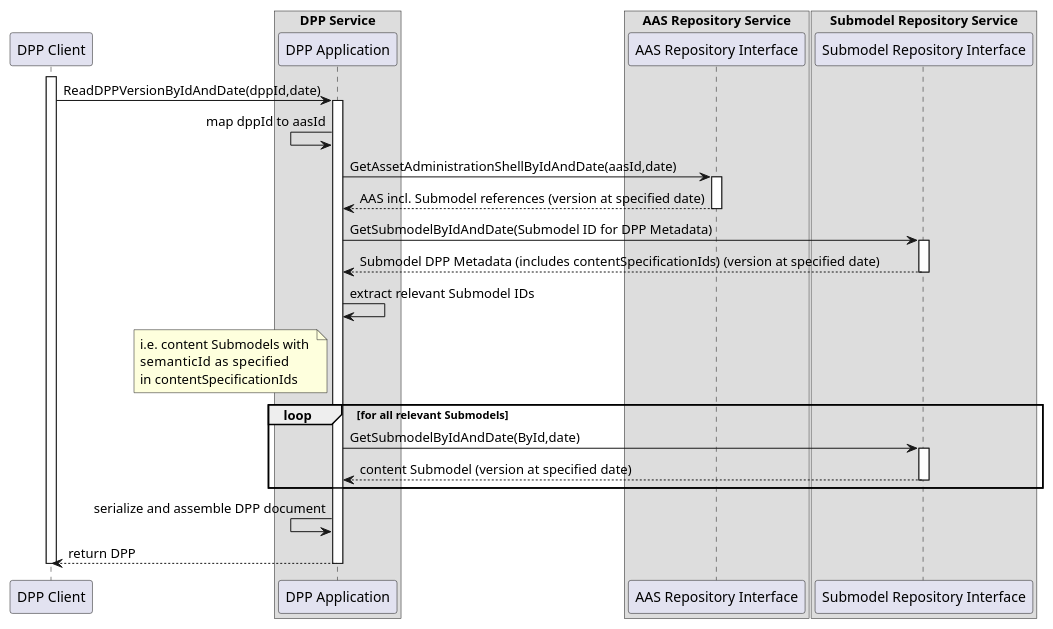
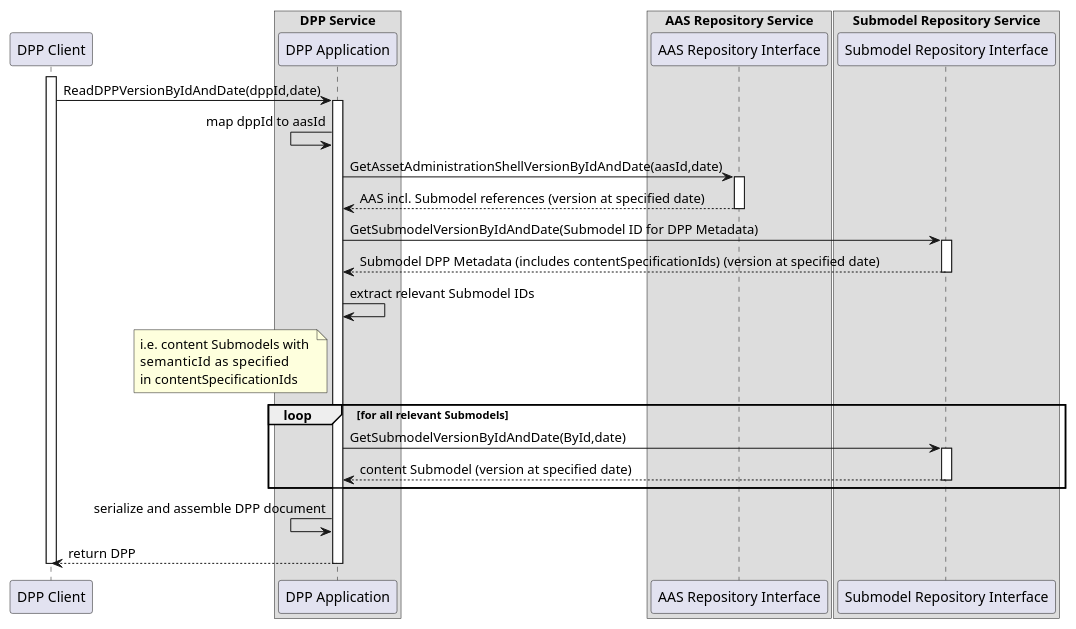
One commit to admin-shell-io/aas-specs-api changed the diagram in documentation/IDTA-01002-3/modules/ROOT/partials/diagrams/seq-dpp-repo-history.puml. Above: the diagram before and after it, drawn with PlantUML. The commit also changed 3 other files, not shown here.

Commit message:
fix xref + fix naming, not recent-changes but history and GetSubmodelVersionByidAndDate and not GetSubmodelByidAndDate, same for AAS

```diff
--- a/documentation/IDTA-01002-3/modules/ROOT/partials/diagrams/seq-dpp-repo-history.puml
+++ b/documentation/IDTA-01002-3/modules/ROOT/partials/diagrams/seq-dpp-repo-history.puml
@@ -1,55 +1,55 @@
 @startuml
 
 participant DPPClient as "DPP Client"
 
 box "DPP Service"
 participant Client as "DPP Application"
 end box
 
 
 
 
 box "AAS Repository Service"
   participant AASService as "AAS Repository Interface"
 end box
 
 box "Submodel Repository Service"
   participant SMService as "Submodel Repository Interface"
 end box
 
 activate DPPClient
 DPPClient -> Client : ReadDPPVersionByIdAndDate(dppId,date)
 
 activate Client
 Client <- Client : map dppId to aasId
 
 
-Client -> AASService : GetAssetAdministrationShellByIdAndDate(aasId,date)
+Client -> AASService : GetAssetAdministrationShellVersionByIdAndDate(aasId,date)
 activate AASService
 Client <-- AASService : AAS incl. Submodel references (version at specified date)
 deactivate AASService
 
-Client -> SMService : GetSubmodelByIdAndDate(Submodel ID for DPP Metadata)
+Client -> SMService : GetSubmodelVersionByIdAndDate(Submodel ID for DPP Metadata)
 activate SMService
 Client <-- SMService : Submodel DPP Metadata (includes contentSpecificationIds) (version at specified date)
 deactivate SMService
 Client -> Client : extract relevant Submodel IDs
 note left of Client
   i.e. content Submodels with 
   semanticId   as specified 
   in contentSpecificationIds
 end note
 
 loop for all relevant Submodels
-Client -> SMService : GetSubmodelByIdAndDate(ById,date)
+Client -> SMService : GetSubmodelVersionByIdAndDate(ById,date)
 activate SMService
 Client <-- SMService : content Submodel (version at specified date)
 deactivate SMService
 end
 
 Client <- Client : serialize and assemble DPP document
 DPPClient <-- Client : return DPP
 deactivate Client
 deactivate DPPClient
 
 @enduml
```
